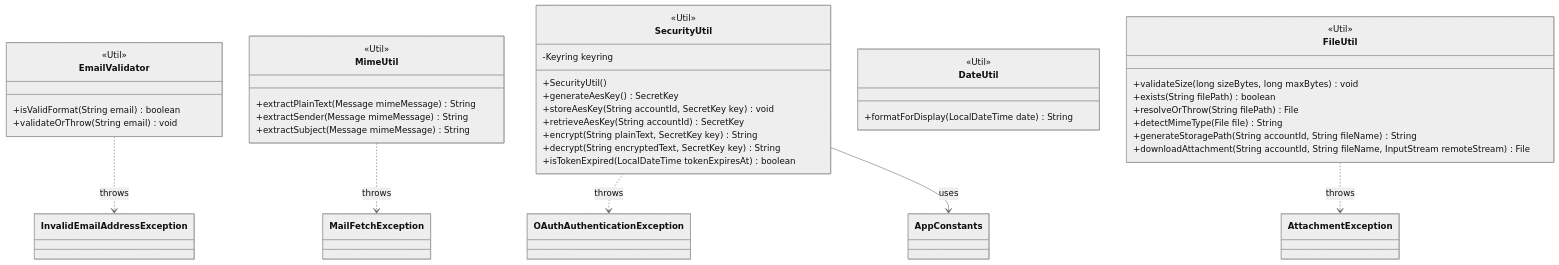
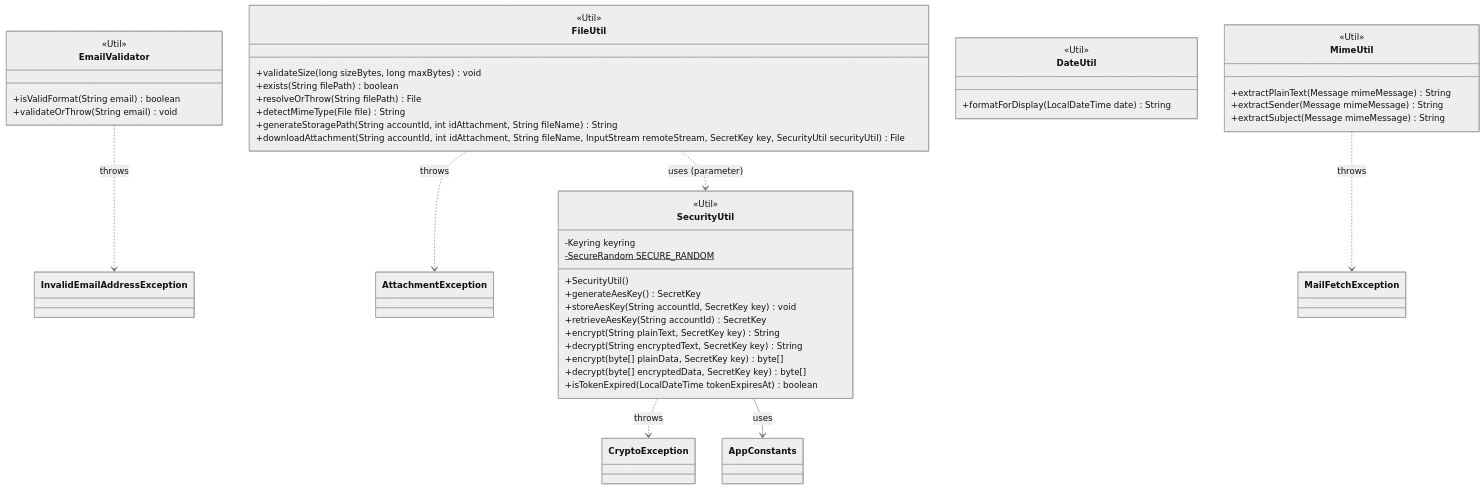
One commit to JuanPablo72000/evermail changed the diagram in docs/diagrams/uml-util.md. Above: the diagram before and after it, drawn with Mermaid (neutral theme). The commit also changed other lines of this file and 21 other files, not shown here.

````diff
--- a/docs/diagrams/uml-util.md
+++ b/docs/diagrams/uml-util.md
@@ -1,51 +1,57 @@
 ```mermaid
 classDiagram
     class EmailValidator {
         <<Util>>
         +isValidFormat(String email) boolean
         +validateOrThrow(String email) void
     }
 
     class MimeUtil {
         <<Util>>
         +extractPlainText(Message mimeMessage) String
         +extractSender(Message mimeMessage) String
         +extractSubject(Message mimeMessage) String
     }
 
     class SecurityUtil {
         <<Util>>
         -Keyring keyring
+        -SecureRandom SECURE_RANDOM$
         +SecurityUtil()
         +generateAesKey() SecretKey
         +storeAesKey(String accountId, SecretKey key) void
         +retrieveAesKey(String accountId) SecretKey
         +encrypt(String plainText, SecretKey key) String
         +decrypt(String encryptedText, SecretKey key) String
+        +encrypt(byte[] plainData, SecretKey key) byte[]
+        +decrypt(byte[] encryptedData, SecretKey key) byte[]
         +isTokenExpired(LocalDateTime tokenExpiresAt) boolean
     }
 
     class DateUtil {
         <<Util>>
         +formatForDisplay(LocalDateTime date) String
     }
 
     class FileUtil {
         <<Util>>
         +validateSize(long sizeBytes, long maxBytes) void
         +exists(String filePath) boolean
         +resolveOrThrow(String filePath) File
         +detectMimeType(File file) String
-        +generateStoragePath(String accountId, String fileName) String
-        +downloadAttachment(String accountId, String fileName, InputStream remoteStream) File
+        +generateStoragePath(String accountId, int idAttachment, String fileName) String
+        +downloadAttachment(String accountId, int idAttachment, String fileName, InputStream remoteStream, SecretKey key, SecurityUtil securityUtil) File
     }
 
-    %% Dependencies towards exception (throws)
+%% Dependencies towards exception (throws)
     EmailValidator ..> InvalidEmailAddressException : throws
     MimeUtil ..> MailFetchException : throws
-    SecurityUtil ..> OAuthAuthenticationException : throws
+    SecurityUtil ..> CryptoException : throws
     FileUtil ..> AttachmentException : throws
 
-    %% Dependencies towards config
+%% Dependencies towards config
     SecurityUtil --> AppConstants : uses
+
+%% Method-level collaboration (parameter, not constructor injection)
+    FileUtil ..> SecurityUtil : uses (parameter)
 ```
````
